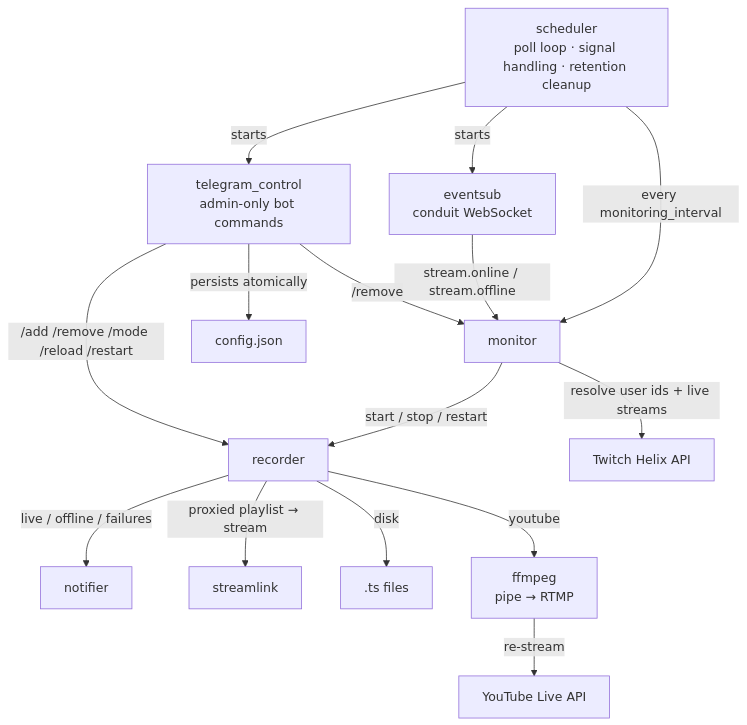
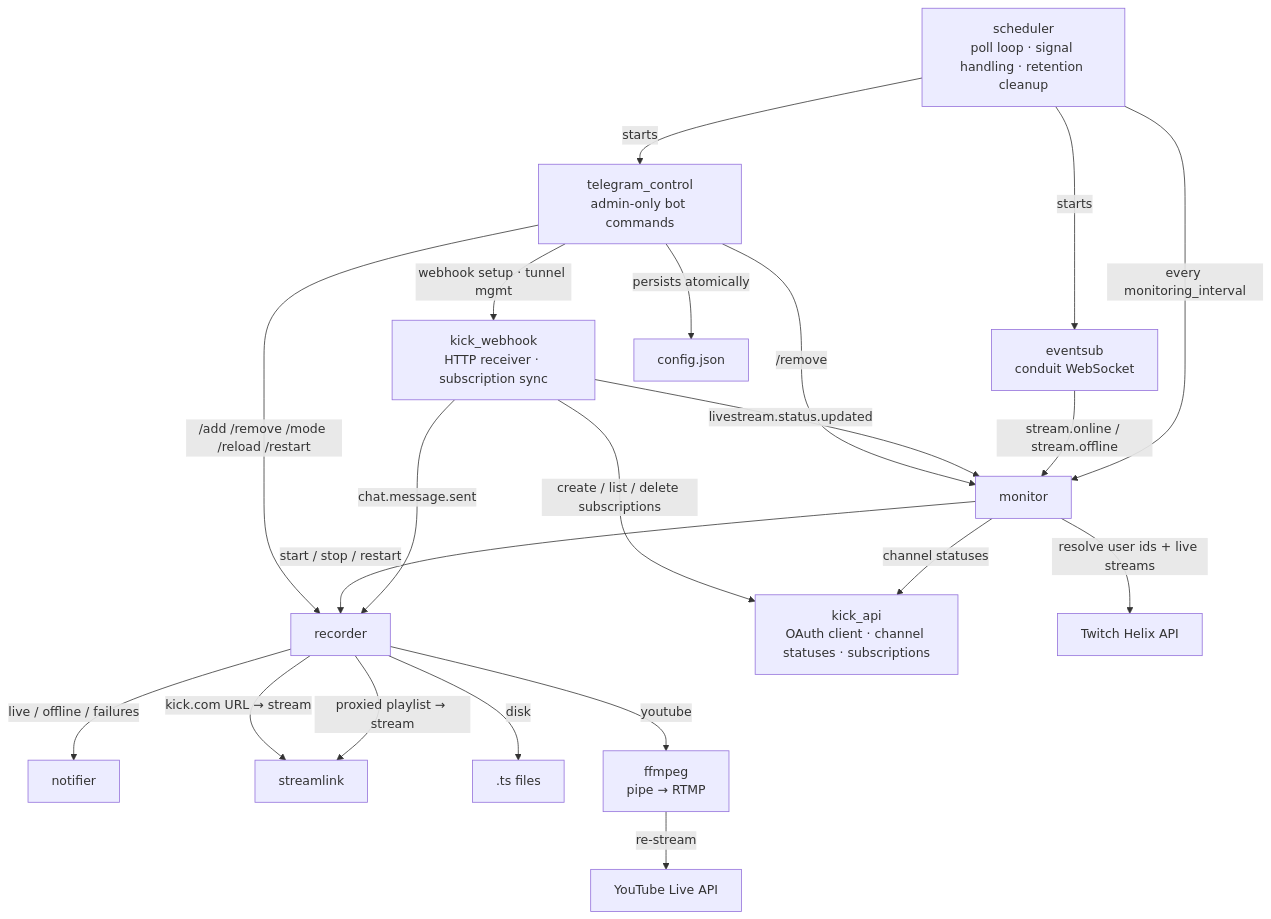
One commit to giou/stream-archive changed the diagram in README.md. Above: the diagram before and after it, drawn with Mermaid. The commit also changed other lines of this file and 26 other files, not shown here.

First line of the commit message:
Add Kick support: webhooks, chat recording, tunnel setup

````diff
--- a/README.md
+++ b/README.md
@@ -61,24 +84,32 @@
 ```mermaid
 flowchart TD
     Scheduler["scheduler<br/>poll loop · signal handling · retention cleanup"]
     Monitor["monitor"]
     Recorder["recorder"]
     Notifier["notifier"]
     Telegram["telegram_control<br/>admin-only bot commands"]
     EventSub["eventsub<br/>conduit WebSocket"]
+    KickWebhook["kick_webhook<br/>HTTP receiver · subscription sync"]
+    KickAPI["kick_api<br/>OAuth client · channel statuses · subscriptions"]
 
     Scheduler -->|"every monitoring_interval"| Monitor
     Scheduler -->|starts| EventSub
     EventSub -->|"stream.online / stream.offline"| Monitor
+    KickWebhook -->|"livestream.status.updated"| Monitor
+    KickWebhook -->|"chat.message.sent"| Recorder
     Monitor -->|"resolve user ids + live streams"| Twitch["Twitch Helix API"]
+    Monitor -->|"channel statuses"| KickAPI
+    KickWebhook -->|"create / list / delete subscriptions"| KickAPI
     Monitor -->|"start / stop / restart"| Recorder
     Recorder -->|"proxied playlist → stream"| Streamlink["streamlink"]
+    Recorder -->|"kick.com URL → stream"| Streamlink
     Recorder -->|disk| Disk[".ts files"]
     Recorder -->|youtube| Ffmpeg["ffmpeg<br/>pipe → RTMP"]
     Ffmpeg -->|"re-stream"| YouTube["YouTube Live API"]
     Recorder -->|"live / offline / failures"| Notifier
     Scheduler -->|starts| Telegram
     Telegram -->|"persists atomically"| Config["config.json"]
     Telegram -->|"/add /remove /mode /reload /restart"| Recorder
     Telegram -->|"/remove"| Monitor
+    Telegram -->|"webhook setup · tunnel mgmt"| KickWebhook
 ```
````
